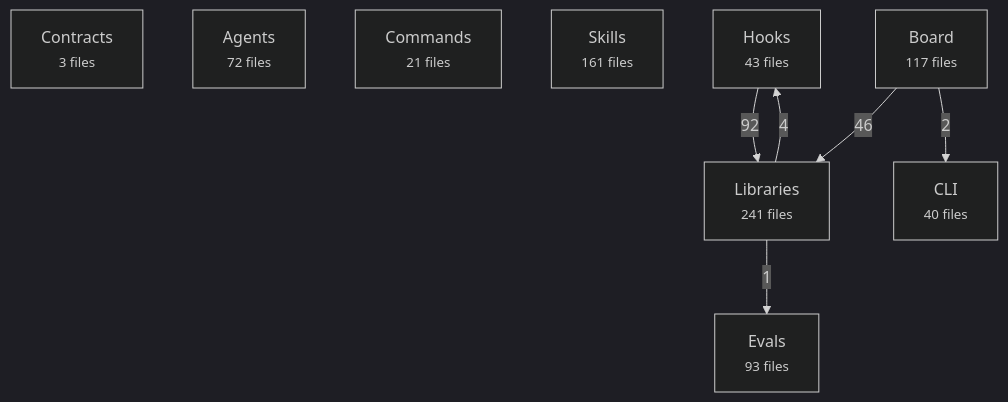
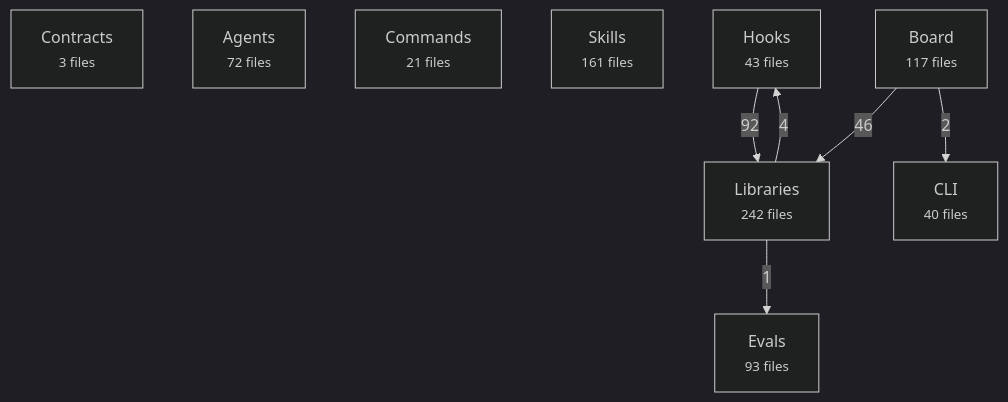
The first of 2 diagrams in docs/reference/architecture-map.md (avelikiy/great_cto), drawn with Mermaid (dark theme) before and after one commit. The commit also changed other lines of this file and 2 other files, not shown here.

````diff
--- a/docs/reference/architecture-map.md
+++ b/docs/reference/architecture-map.md
@@ -20,17 +20,17 @@
 ```mermaid
 flowchart TD
   contracts["Contracts<br/><small>3 files</small>"]
   agents["Agents<br/><small>72 files</small>"]
   commands["Commands<br/><small>21 files</small>"]
   skills["Skills<br/><small>161 files</small>"]
   hooks["Hooks<br/><small>43 files</small>"]
-  libs["Libraries<br/><small>241 files</small>"]
+  libs["Libraries<br/><small>242 files</small>"]
   board["Board<br/><small>117 files</small>"]
   cli["CLI<br/><small>40 files</small>"]
   evals["Evals<br/><small>93 files</small>"]
   hooks -->|92| libs
   board -->|46| libs
   libs -->|4| hooks
   board -->|2| cli
   libs -->|1| evals
 ```
````
